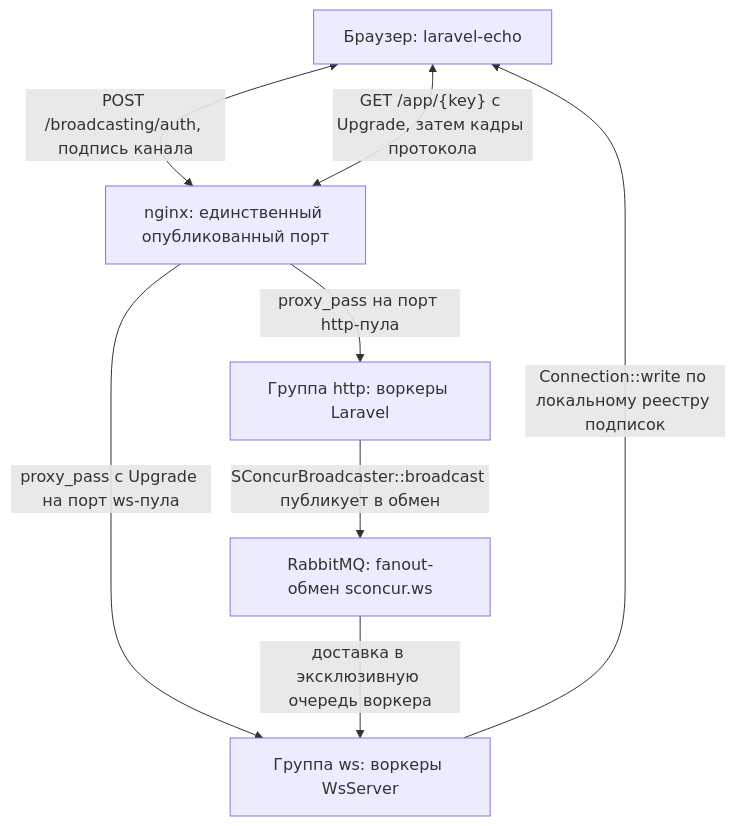
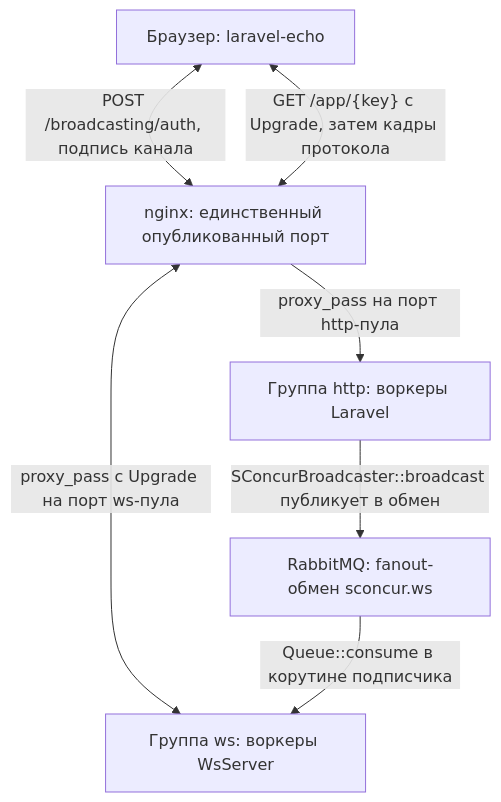
Before and after one commit to sprust/sconcur-laravel: the first of 2 diagrams in docs/websocket.ru.md, drawn with Mermaid. The commit also changed other lines of this file and 3 other files, not shown here.

````diff
--- a/docs/websocket.ru.md
+++ b/docs/websocket.ru.md
@@ -29,16 +27,15 @@
 ```mermaid
 flowchart TB
     browser["Браузер: laravel-echo"]
     nginx["nginx: единственный опубликованный порт"]
     http["Группа http: воркеры Laravel"]
     ws["Группа ws: воркеры WsServer"]
     rabbit["RabbitMQ: fanout-обмен sconcur.ws"]
 
     browser <-->|"POST /broadcasting/auth, подпись канала"| nginx
     browser <-->|"GET /app/{key} с Upgrade, затем кадры протокола"| nginx
     nginx -->|"proxy_pass на порт http-пула"| http
-    nginx -->|"proxy_pass с Upgrade на порт ws-пула"| ws
+    nginx <-->|"proxy_pass с Upgrade на порт ws-пула"| ws
     http -->|"SConcurBroadcaster::broadcast публикует в обмен"| rabbit
-    rabbit -->|"доставка в эксклюзивную очередь воркера"| ws
-    ws -->|"Connection::write по локальному реестру подписок"| browser
+    rabbit -->|"Queue::consume в корутине подписчика"| ws
 ```
````
